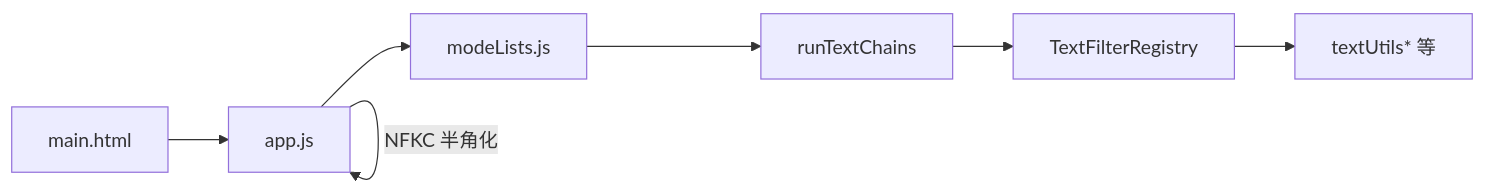
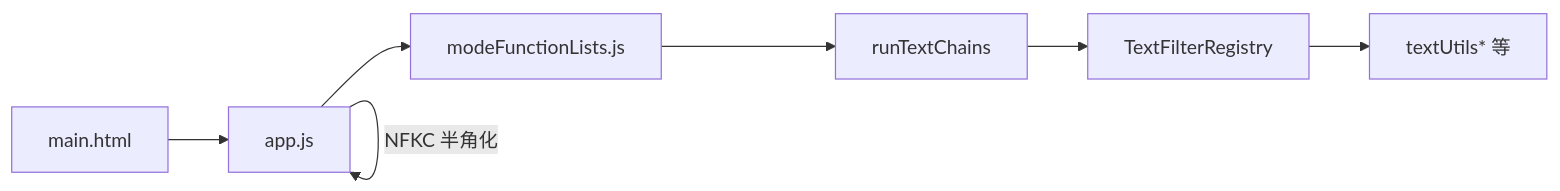
One commit to tmusimesabaoi4i/Patent_Decision_Document_Converter_v2 changed the diagram in filterRegistry/filterRegistry.md. Above: the diagram before and after it, drawn with Mermaid. The commit also changed other lines of this file and 13 other files, not shown here.

````diff
--- a/filterRegistry/filterRegistry.md
+++ b/filterRegistry/filterRegistry.md
@@ -13,16 +13,16 @@
 ```mermaid
 flowchart LR
   UI["main.html"]
   App["app.js"]
-  Modes["modeLists.js"]
+  Modes["modeFunctionLists.js"]
   Chains["runTextChains"]
   Registry["TextFilterRegistry"]
   Filters["textUtils* 等"]
 
   UI --> App
   App -->|"NFKC 半角化"| App
   App --> Modes
   Modes --> Chains
   Chains --> Registry
   Registry --> Filters
 ```
````
